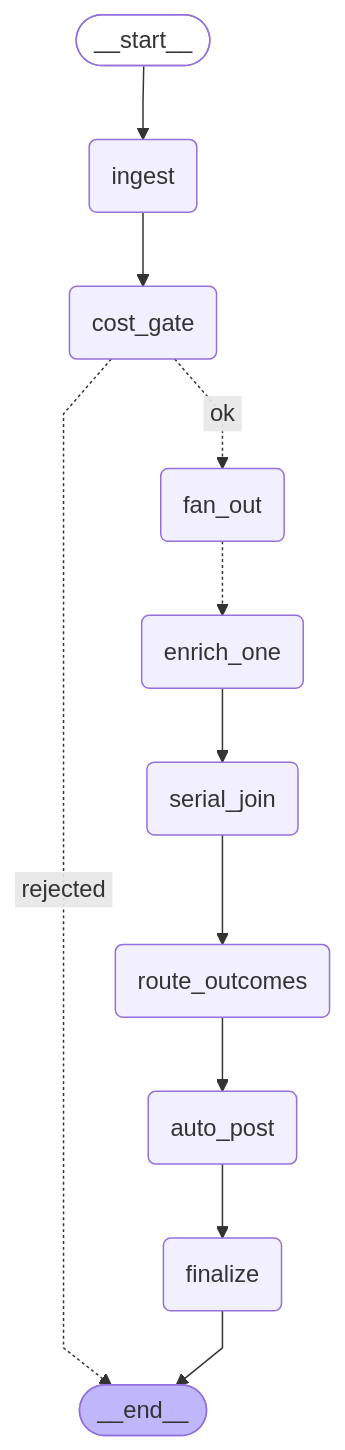
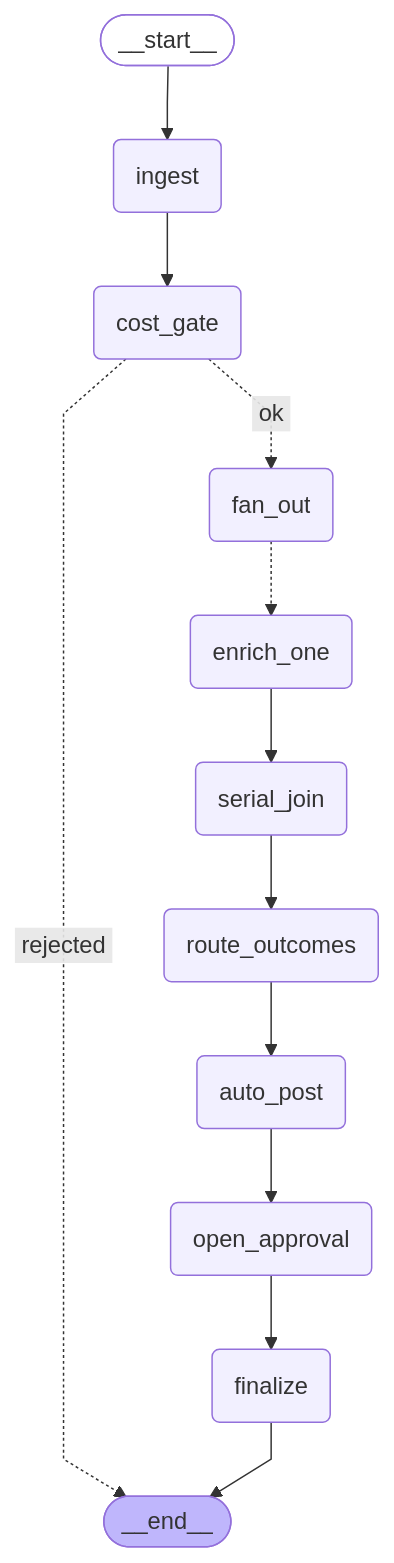
Before and after one commit to quockhanh41/Vietnamese-Invoice-agent: the diagram in docs/diagrams/batch_graph.mmd, drawn with Mermaid. The commit also changed 2 other files, not shown here.

Commit message:
feat(m5b): open one approval thread per flagged invoice, then return
The batch does not wait. Each thread runs to interrupt() and stops with its
state checkpointed, so a reviewer may decide hours later from another process —
the entire justification for three graphs rather than one.

approvals.invoice_id is a NOT NULL FK, so an invoice that never persisted gets
no thread and is reported in unopened rather than dropped.

```diff
--- a/docs/diagrams/batch_graph.mmd
+++ b/docs/diagrams/batch_graph.mmd
@@ -1,29 +1,31 @@
 ---
 config:
   flowchart:
     curve: linear
 ---
 graph TD;
 	__start__([<p>__start__</p>]):::first
 	ingest(ingest)
 	cost_gate(cost_gate)
 	fan_out(fan_out)
 	enrich_one(enrich_one)
 	serial_join(serial_join)
 	route_outcomes(route_outcomes)
 	auto_post(auto_post)
+	open_approval(open_approval)
 	finalize(finalize)
 	__end__([<p>__end__</p>]):::last
 	__start__ --> ingest;
-	auto_post --> finalize;
+	auto_post --> open_approval;
 	cost_gate -. &nbsp;rejected&nbsp; .-> __end__;
 	cost_gate -. &nbsp;ok&nbsp; .-> fan_out;
 	enrich_one --> serial_join;
 	fan_out -.-> enrich_one;
 	ingest --> cost_gate;
+	open_approval --> finalize;
 	route_outcomes --> auto_post;
 	serial_join --> route_outcomes;
 	finalize --> __end__;
 	classDef default fill:#f2f0ff,line-height:1.2
 	classDef first fill-opacity:0
 	classDef last fill:#bfb6fc
```
